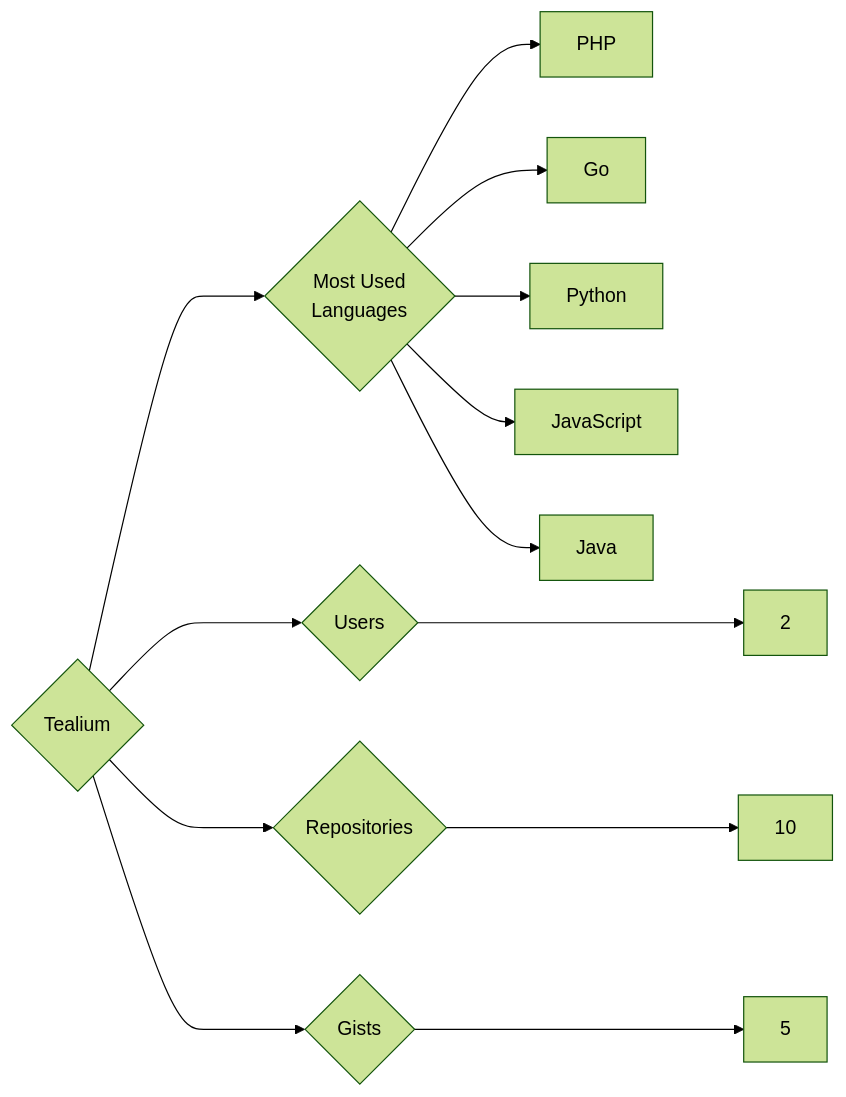
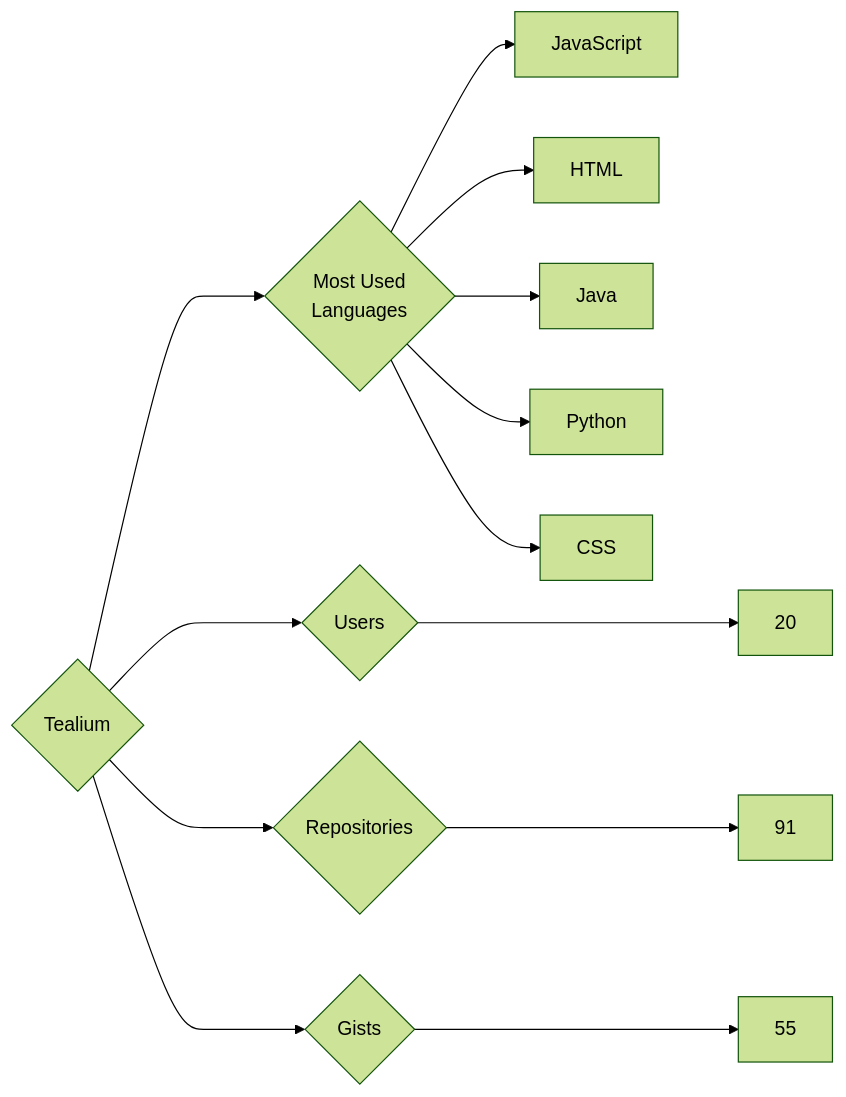
The diagram in targets/Tealium/README.md (trickest/insiders), drawn with Mermaid (forest theme) before and after one commit. The commit also changed 976 other files, not shown here.

````diff
--- a/targets/Tealium/README.md
+++ b/targets/Tealium/README.md
@@ -3,13 +3,13 @@
 ```mermaid
 graph LR
 COMPANY_NAME{Tealium}
-COMPANY_NAME ---> U{Users} ---> UN[2]
-COMPANY_NAME ---> R{Repositories} ---> RN[10]
-COMPANY_NAME ---> G{Gists} ---> GN[5]
+COMPANY_NAME ---> U{Users} ---> UN[20]
+COMPANY_NAME ---> R{Repositories} ---> RN[91]
+COMPANY_NAME ---> G{Gists} ---> GN[55]
 COMPANY_NAME ---> ML{Most Used<br>Languages}
-ML --> PHP[PHP]
-ML --> Go[Go]
+ML --> JavaScript[JavaScript]
+ML --> HTML[HTML]
+ML --> Java[Java]
 ML --> Python[Python]
-ML --> JavaScript[JavaScript]
-ML --> Java[Java]
+ML --> CSS[CSS]
 ```
````
